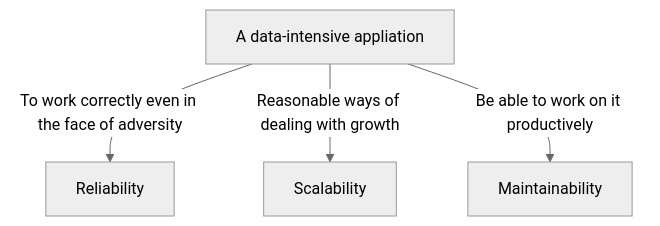
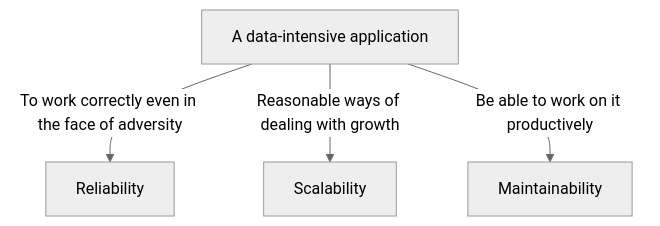
The diagram in Python/Python_3.md (ESJiang/JR-notes), drawn with Mermaid (neutral theme) before and after one commit. The commit also changed other lines of this file and 1 other file, not shown here.

````diff
--- a/Python/Python_3.md
+++ b/Python/Python_3.md
@@ -28,6 +28,6 @@
 ```mermaid
 flowchart TB
-    A[A data-intensive appliation] -->|To work correctly even in the face of adversity| B[Reliability]
+    A[A data-intensive application] -->|To work correctly even in the face of adversity| B[Reliability]
     A -->|Reasonable ways of dealing with growth| C[Scalability]
     A -->|Be able to work on it productively| D[Maintainability]
 ```
````
